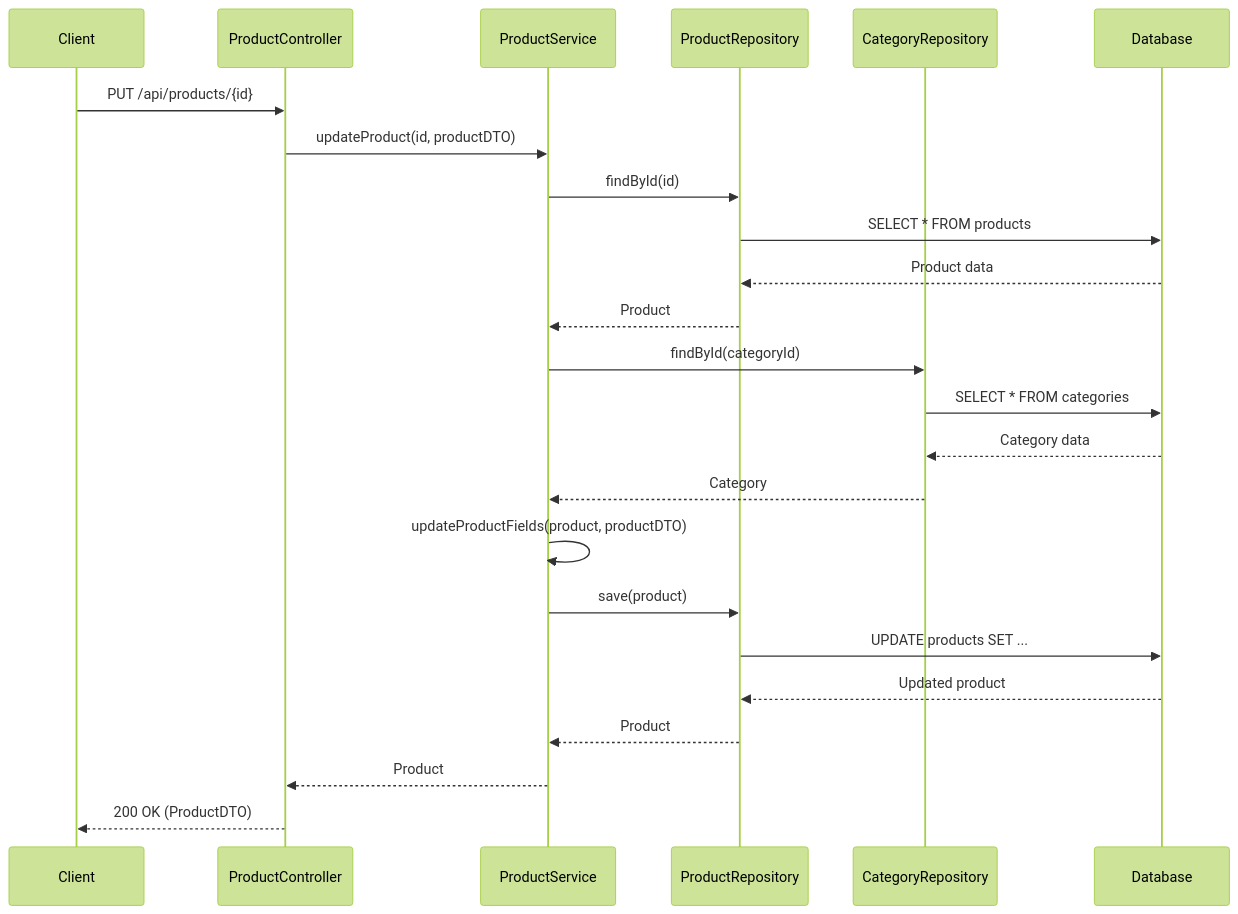
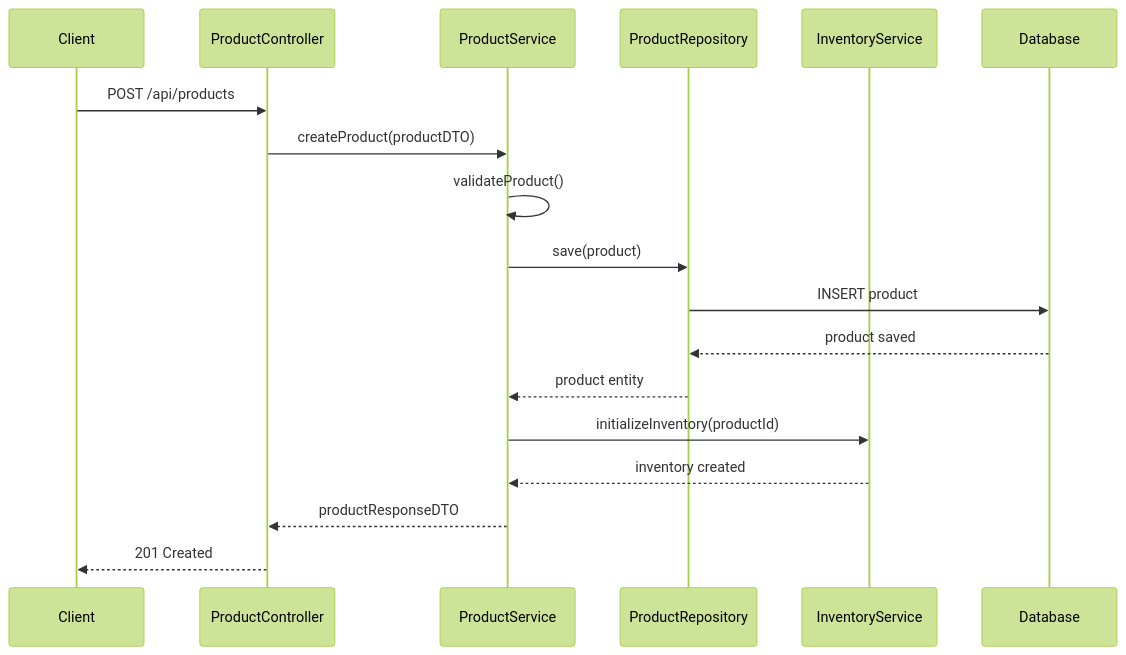
One commit to NavneetBN47/aava-ecom-demo changed the fifth of 13 diagrams in docs/LLD/modified_lld.md. Above: the diagram before and after it, drawn with Mermaid (forest theme). The commit also changed other lines of this file, not shown here.

````diff
--- a/docs/LLD/modified_lld.md
+++ b/docs/LLD/modified_lld.md
@@ -347,30 +349,21 @@
 ```mermaid
 sequenceDiagram
     participant Client
     participant ProductController
     participant ProductService
     participant ProductRepository
-    participant CategoryRepository
+    participant InventoryService
     participant Database
 
-    Client->>ProductController: PUT /api/products/{id}
-    ProductController->>ProductService: updateProduct(id, productDTO)
-    ProductService->>ProductRepository: findById(id)
-    ProductRepository->>Database: SELECT * FROM products
-    Database-->>ProductRepository: Product data
-    ProductRepository-->>ProductService: Product
-    
-    ProductService->>CategoryRepository: findById(categoryId)
-    CategoryRepository->>Database: SELECT * FROM categories
-    Database-->>CategoryRepository: Category data
-    CategoryRepository-->>ProductService: Category
-    
-    ProductService->>ProductService: updateProductFields(product, productDTO)
+    Client->>ProductController: POST /api/products
+    ProductController->>ProductService: createProduct(productDTO)
+    ProductService->>ProductService: validateProduct()
     ProductService->>ProductRepository: save(product)
-    ProductRepository->>Database: UPDATE products SET ...
-    Database-->>ProductRepository: Updated product
-    ProductRepository-->>ProductService: Product
-    
-    ProductService-->>ProductController: Product
-    ProductController-->>Client: 200 OK (ProductDTO)
+    ProductRepository->>Database: INSERT product
+    Database-->>ProductRepository: product saved
+    ProductRepository-->>ProductService: product entity
+    ProductService->>InventoryService: initializeInventory(productId)
+    InventoryService-->>ProductService: inventory created
+    ProductService-->>ProductController: productResponseDTO
+    ProductController-->>Client: 201 Created
 ```
````
